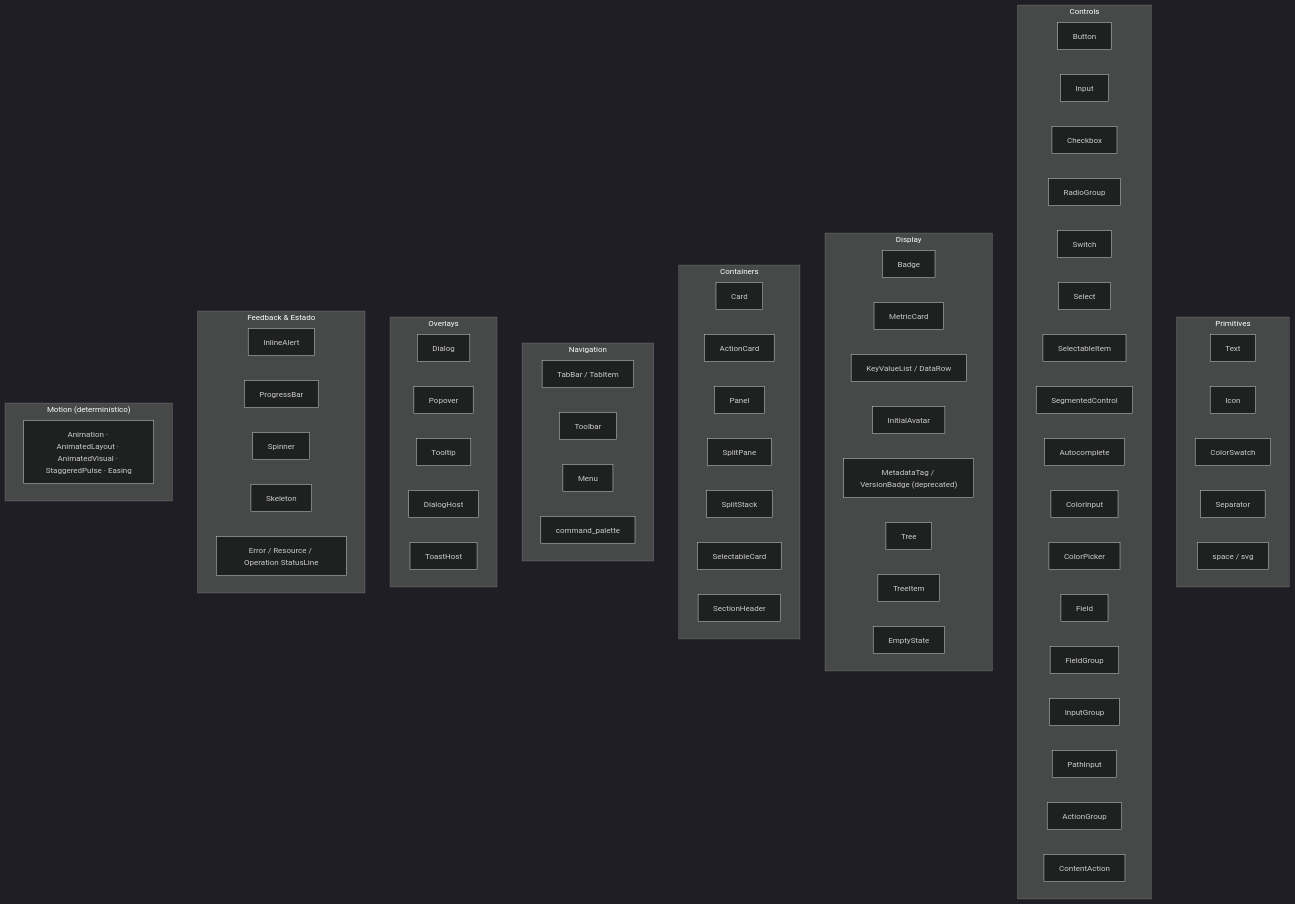
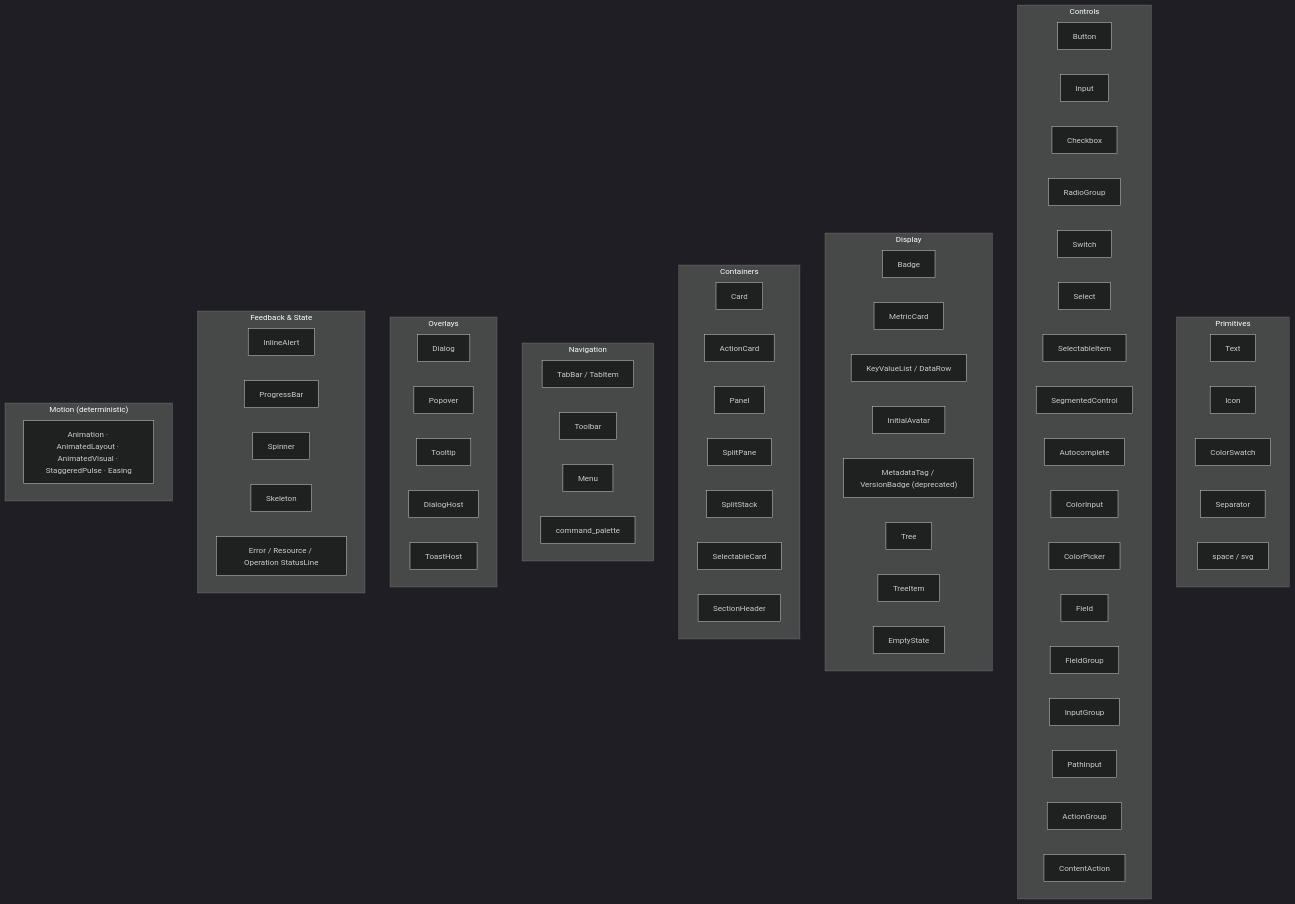
One commit to JirlanSouza/nive changed the third of 3 diagrams in docs/architecture/design-system.md. Above: the diagram before and after it, drawn with Mermaid (dark theme). The commit also changed other lines of this file and 15 other files, not shown here.

````diff
--- a/docs/architecture/design-system.md
+++ b/docs/architecture/design-system.md
@@ -371,72 +371,72 @@
 ```mermaid
 flowchart TB
     subgraph primitives["Primitives"]
         Text
         Icon
         ColorSwatch
         Separator
         SpaceSvg["space / svg"]
     end
     subgraph controls["Controls"]
         Button
         Input
         Checkbox
         RadioGroup
         Switch
         Select
         SelectableItem
         SegmentedControl
         Autocomplete
         ColorInput
         ColorPicker
         Field
         FieldGroup
         InputGroup
         PathInput
         ActionGroup
         ContentAction
     end
     subgraph display["Display"]
         Badge
         MetricCard
         KeyValueList["KeyValueList / DataRow"]
         InitialAvatar
         MetadataTag["MetadataTag / VersionBadge (deprecated)"]
         Tree
         TreeItem
         EmptyState
     end
     subgraph containers["Containers"]
         Card
         ActionCard
         Panel
         SplitPane
         SplitStack
         SelectableCard
         SectionHeader
     end
     subgraph navigation["Navigation"]
         Tabs["TabBar / TabItem"]
         Toolbar
         Menu
         CommandPalette["command_palette"]
     end
     subgraph overlays["Overlays"]
         Dialog
         Popover
         Tooltip
         DialogHost
         ToastHost
     end
-    subgraph feedback["Feedback & Estado"]
+    subgraph feedback["Feedback &amp; State"]
         InlineAlert
         ProgressBar
         Spinner
         Skeleton
         EmptyState
         StatusLines["Error / Resource / Operation StatusLine"]
     end
-    subgraph motion["Motion (determinístico)"]
+    subgraph motion["Motion (deterministic)"]
         Animation["Animation · AnimatedLayout · AnimatedVisual · StaggeredPulse · Easing"]
     end
 ```
````
